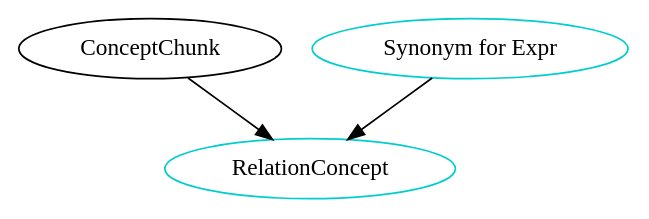
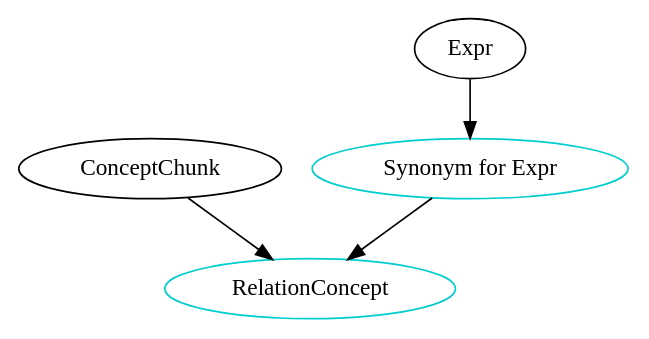
Before and after one commit to JacquesCarette/Drasil: the diagram in People/Anthony/Type_Dependency_Graphs/JoinedTypes/June_18_2021/RelationConcept.dot, drawn with Graphviz. The commit also changed 20 other files, not shown here.

```diff
--- a/People/Anthony/Type_Dependency_Graphs/JoinedTypes/June_18_2021/RelationConcept.dot
+++ b/People/Anthony/Type_Dependency_Graphs/JoinedTypes/June_18_2021/RelationConcept.dot
@@ -1,12 +1,13 @@
 digraph relationconcept {
 	/* relationships between independent and dependent components */
 	ConceptChunk -> RelationConcept;
     Relation -> RelationConcept;
+	Expr -> Relation;
     
 	/* definitions for each type component */
 	RelationConcept 	    [shape=oval, color=cyan3, label="RelationConcept"];
     Relation               [shape=oval, color=cyan3, label="Synonym for Expr"];
 
 }
 
 /* dot -Tpng sample.dot -o sample.png */
```
